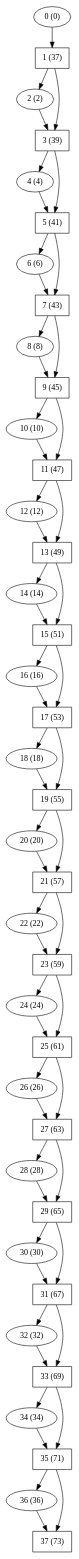
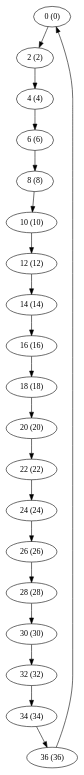
Before and after one commit to mskd12/invisible: the diagram in ParityGames/src/examples/RandomGames/lg-19.pg.dot, drawn with Graphviz. The commit also changed 11 other files, not shown here.

```diff
--- a/ParityGames/src/examples/RandomGames/lg-19.pg.dot
+++ b/ParityGames/src/examples/RandomGames/lg-19.pg.dot
@@ -1,95 +1,40 @@
 digraph G { 
 "0"[label="\N (0)" , color=black ]
-"0"->"1"
-"1"[label="\N (37)", color=black, shape=polygon ]
-"1"->"2"
-"1"->"3"
+"0"->"2"
 "2"[label="\N (2)" , color=black ]
-"2"->"3"
-"3"[label="\N (39)", color=black, shape=polygon ]
-"3"->"4"
-"3"->"5"
+"2"->"4"
 "4"[label="\N (4)" , color=black ]
-"4"->"5"
-"5"[label="\N (41)", color=black, shape=polygon ]
-"5"->"6"
-"5"->"7"
+"4"->"6"
 "6"[label="\N (6)" , color=black ]
-"6"->"7"
-"7"[label="\N (43)", color=black, shape=polygon ]
-"7"->"8"
-"7"->"9"
+"6"->"8"
 "8"[label="\N (8)" , color=black ]
-"8"->"9"
-"9"[label="\N (45)", color=black, shape=polygon ]
-"9"->"10"
-"9"->"11"
+"8"->"10"
 "10"[label="\N (10)" , color=black ]
-"10"->"11"
-"11"[label="\N (47)", color=black, shape=polygon ]
-"11"->"12"
-"11"->"13"
+"10"->"12"
 "12"[label="\N (12)" , color=black ]
-"12"->"13"
-"13"[label="\N (49)", color=black, shape=polygon ]
-"13"->"14"
-"13"->"15"
+"12"->"14"
 "14"[label="\N (14)" , color=black ]
-"14"->"15"
-"15"[label="\N (51)", color=black, shape=polygon ]
-"15"->"16"
-"15"->"17"
+"14"->"16"
 "16"[label="\N (16)" , color=black ]
-"16"->"17"
-"17"[label="\N (53)", color=black, shape=polygon ]
-"17"->"18"
-"17"->"19"
+"16"->"18"
 "18"[label="\N (18)" , color=black ]
-"18"->"19"
-"19"[label="\N (55)", color=black, shape=polygon ]
-"19"->"20"
-"19"->"21"
+"18"->"20"
 "20"[label="\N (20)" , color=black ]
-"20"->"21"
-"21"[label="\N (57)", color=black, shape=polygon ]
-"21"->"22"
-"21"->"23"
+"20"->"22"
 "22"[label="\N (22)" , color=black ]
-"22"->"23"
-"23"[label="\N (59)", color=black, shape=polygon ]
-"23"->"24"
-"23"->"25"
+"22"->"24"
 "24"[label="\N (24)" , color=black ]
-"24"->"25"
-"25"[label="\N (61)", color=black, shape=polygon ]
-"25"->"26"
-"25"->"27"
+"24"->"26"
 "26"[label="\N (26)" , color=black ]
-"26"->"27"
-"27"[label="\N (63)", color=black, shape=polygon ]
-"27"->"28"
-"27"->"29"
+"26"->"28"
 "28"[label="\N (28)" , color=black ]
-"28"->"29"
-"29"[label="\N (65)", color=black, shape=polygon ]
-"29"->"30"
-"29"->"31"
+"28"->"30"
 "30"[label="\N (30)" , color=black ]
-"30"->"31"
-"31"[label="\N (67)", color=black, shape=polygon ]
-"31"->"32"
-"31"->"33"
+"30"->"32"
 "32"[label="\N (32)" , color=black ]
-"32"->"33"
-"33"[label="\N (69)", color=black, shape=polygon ]
-"33"->"34"
-"33"->"35"
+"32"->"34"
 "34"[label="\N (34)" , color=black ]
-"34"->"35"
-"35"[label="\N (71)", color=black, shape=polygon ]
-"35"->"36"
-"35"->"37"
+"34"->"36"
 "36"[label="\N (36)" , color=black ]
-"36"->"37"
-"37"[label="\N (73)", color=black, shape=polygon ]
+"36"->"0"
 }
```
